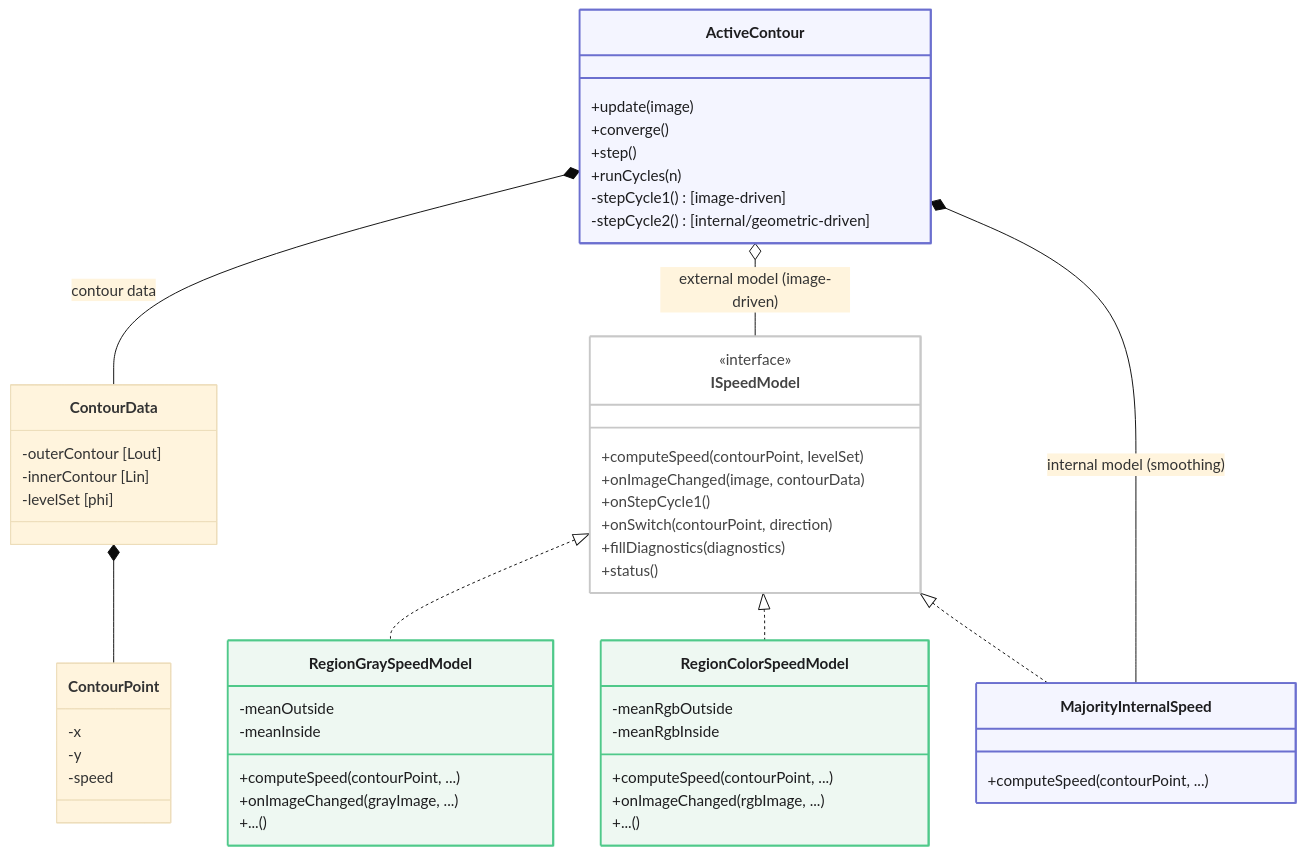
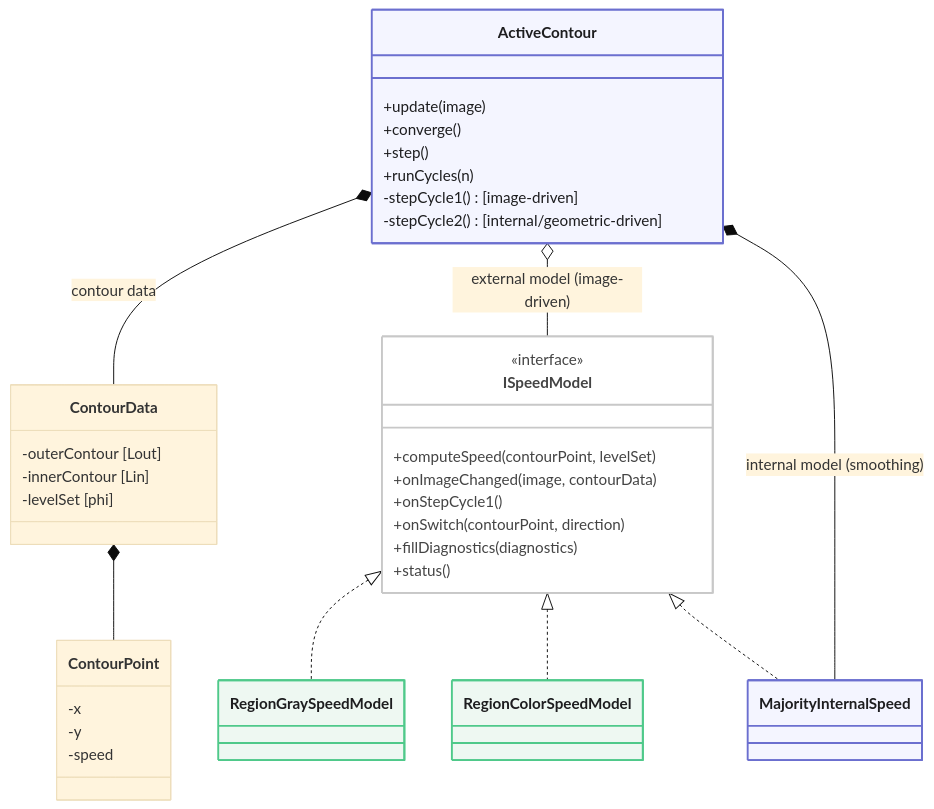
The diagram in docs/mermaid/active_contour_speed_models.mmd (fluvel-io/fluvel-set), drawn with Mermaid (base theme) before and after one commit. The commit also changed 4 other files, not shown here.

Commit message:
docs: add the image viewer event flow, simplify the speed model diagram

```diff
--- a/docs/mermaid/active_contour_speed_models.mmd
+++ b/docs/mermaid/active_contour_speed_models.mmd
@@ -1,78 +1,64 @@
 classDiagram
 
 class ActiveContour {
     +update(image)
     +converge()
     +step()
     +runCycles(n)
     -stepCycle1() [image-driven]
     -stepCycle2() [internal/geometric-driven]
 }
 
 class ContourData {
     -outerContour [Lout]
     -innerContour [Lin]
     -levelSet [phi]
 }
 
 ActiveContour *-- ContourData : contour data
 
 class ContourPoint {
     -x
     -y
     -speed
 }
 
 ContourData *-- ContourPoint
 
 class ISpeedModel {
     <<interface>>
     +computeSpeed(contourPoint, levelSet)
     +onImageChanged(image, contourData)
     +onStepCycle1()
     +onSwitch(contourPoint, direction)
     +fillDiagnostics(diagnostics)
     +status()
 }
 
-class RegionGraySpeedModel {
-    +computeSpeed(contourPoint, ...)
-    +onImageChanged(grayImage, ...)
-    +...()
-    -meanOutside
-    -meanInside
-}
+class RegionGraySpeedModel
 
-class RegionColorSpeedModel {
-    +computeSpeed(contourPoint, ...)
-    +onImageChanged(rgbImage, ...)
-    +...()
-    -meanRgbOutside
-    -meanRgbInside
-}
+class RegionColorSpeedModel
 
-class MajorityInternalSpeed {
-    +computeSpeed(contourPoint, ...)
-}
+class MajorityInternalSpeed
 
 ISpeedModel <|.. RegionGraySpeedModel
 ISpeedModel <|.. RegionColorSpeedModel
 ISpeedModel <|.. MajorityInternalSpeed
 
 ActiveContour o-- ISpeedModel : external model (image-driven)
 
 ActiveContour *-- MajorityInternalSpeed : internal model (smoothing)
 
 %% Active Contour Engine
 style ActiveContour fill:#f4f5ff,color:#1d1d1f,stroke:#6b6fcf,stroke-width:2px
 
 %% Internal engine component
 style MajorityInternalSpeed fill:#f4f5ff,color:#1d1d1f,stroke:#6b6fcf,stroke-width:2px
 
 %% Speed models
 style RegionGraySpeedModel fill:#eef8f2,color:#1d1d1f,stroke:#4fc98a,stroke-width:2px
 
 style RegionColorSpeedModel fill:#eef8f2,color:#1d1d1f,stroke:#4fc98a,stroke-width:2px
 
 %% Contract / Interface
 style ISpeedModel fill:#ffffff,color:#444444,stroke:#c8c8c8,stroke-width:2px
```
